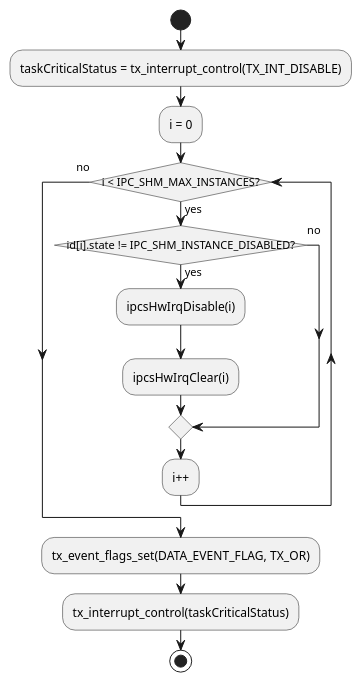
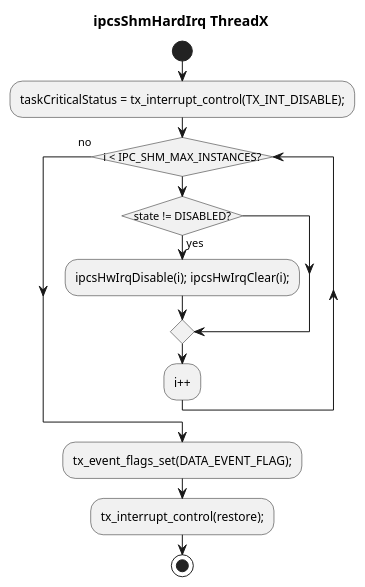
Before and after one commit to Mastang1/sad_sdd_proj: the diagram in c1_sdd_linux-ipcs/cursor_tmp/flow_umls/tx_3_4_59.puml, drawn with PlantUML. The commit also changed 40 other files, not shown here.

Commit message:
fix the endif error in flow

```diff
--- a/c1_sdd_linux-ipcs/cursor_tmp/flow_umls/tx_3_4_59.puml
+++ b/c1_sdd_linux-ipcs/cursor_tmp/flow_umls/tx_3_4_59.puml
@@ -1,19 +1,17 @@
 @startuml
 !pragma layout smetana
 skinparam conditionStyle insideDiamond
 skinparam linetype ortho
+title ipcsShmHardIrq ThreadX
 start
-:taskCriticalStatus = tx_interrupt_control(TX_INT_DISABLE);
-:i = 0;
-while (i < IPC_SHM_MAX_INSTANCES?) is (yes)
-  if (id[i].state != IPC_SHM_INSTANCE_DISABLED?) then (yes)
-    :ipcsHwIrqDisable(i);
-    :ipcsHwIrqClear(i);
-  else (no)
+:taskCriticalStatus = tx_interrupt_control(TX_INT_DISABLE);;
+while (i < IPC_SHM_MAX_INSTANCES?)
+  if (state != DISABLED?) then (yes)
+    :ipcsHwIrqDisable(i); ipcsHwIrqClear(i);;
   endif
   :i++;
 endwhile (no)
-:tx_event_flags_set(DATA_EVENT_FLAG, TX_OR);
-:tx_interrupt_control(taskCriticalStatus);
+:tx_event_flags_set(DATA_EVENT_FLAG);;
+:tx_interrupt_control(restore);;
 stop
 @enduml
```
